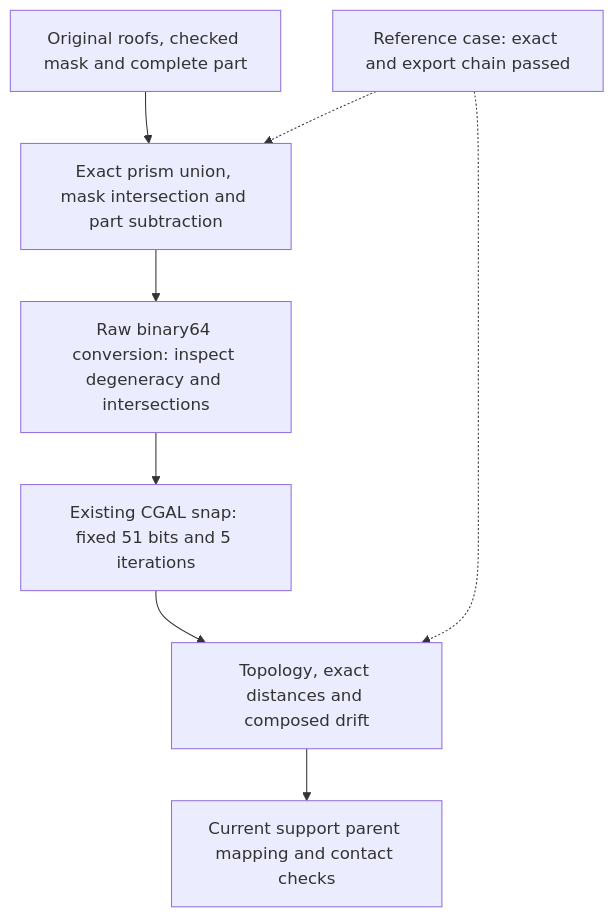
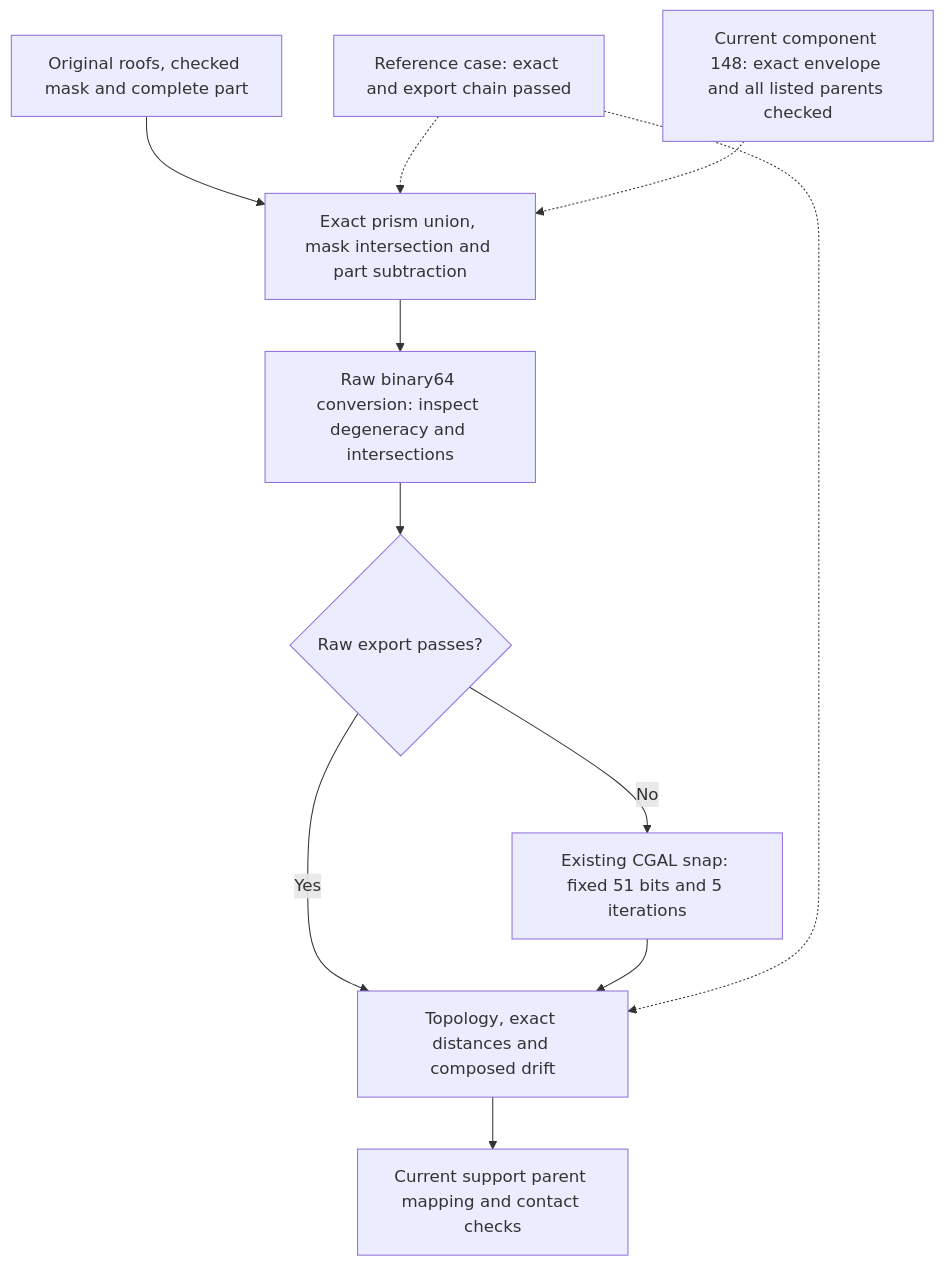
The diagram in docs/reports/carrier-current-support-projection-20261107.md (cluster2600/porscheparts), drawn with Mermaid before and after one commit. The commit also changed other lines of this file and 8 other files, not shown here.

Commit message:
Document checked current support envelope and H9 precision image

````diff
--- a/docs/reports/carrier-current-support-projection-20261107.md
+++ b/docs/reports/carrier-current-support-projection-20261107.md
@@ -194,10 +261,13 @@
 ```mermaid
 flowchart TB
     INPUT["Original roofs, checked mask and complete part"] --> EXACT["Exact prism union, mask intersection and part subtraction"]
     EXACT --> RAW["Raw binary64 conversion: inspect degeneracy and intersections"]
-    RAW --> SNAP["Existing CGAL snap: fixed 51 bits and 5 iterations"]
+    RAW --> EXPORT{"Raw export passes?"}
+    EXPORT -->|"No"| SNAP["Existing CGAL snap: fixed 51 bits and 5 iterations"]
+    EXPORT -->|"Yes"| CHECK
     SNAP --> CHECK["Topology, exact distances and composed drift"]
     CHECK --> CONTACT["Current support parent mapping and contact checks"]
     CONTROL["Reference case: exact and export chain passed"] -.-> EXACT
     CONTROL -.-> CHECK
+    CURRENT["Current component 148: exact envelope and all listed parents checked"] -.-> EXACT
 ```
````
